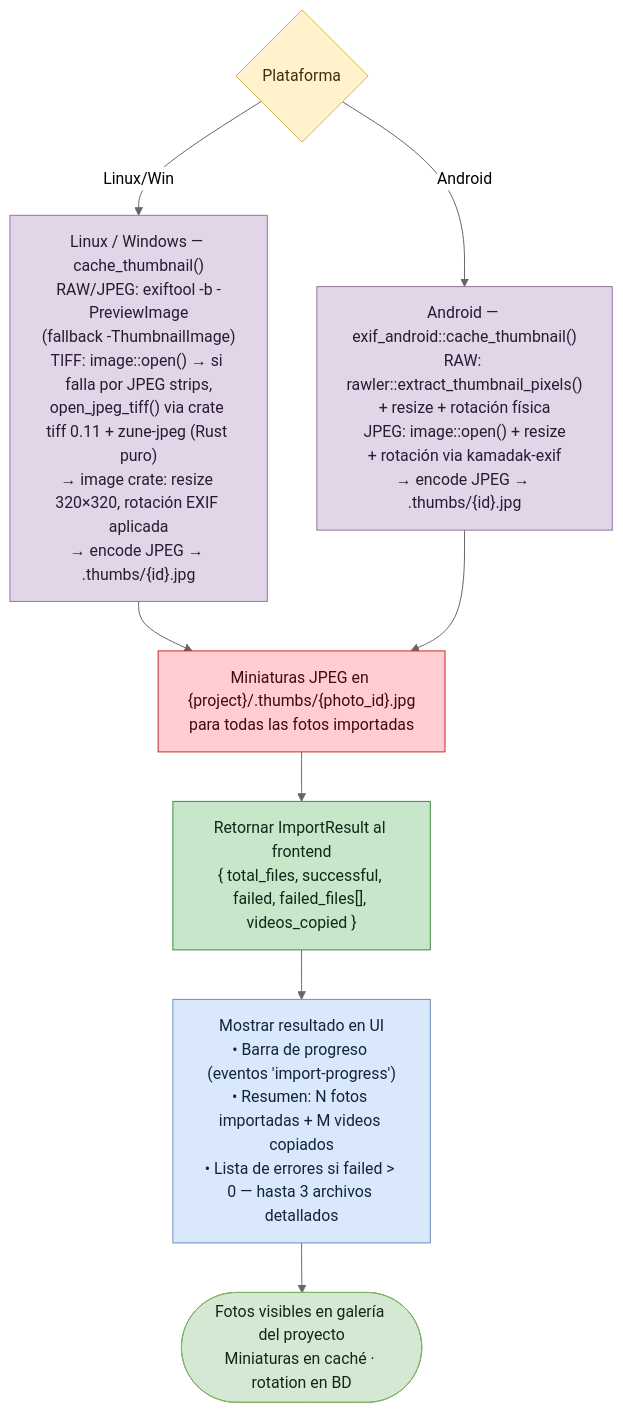
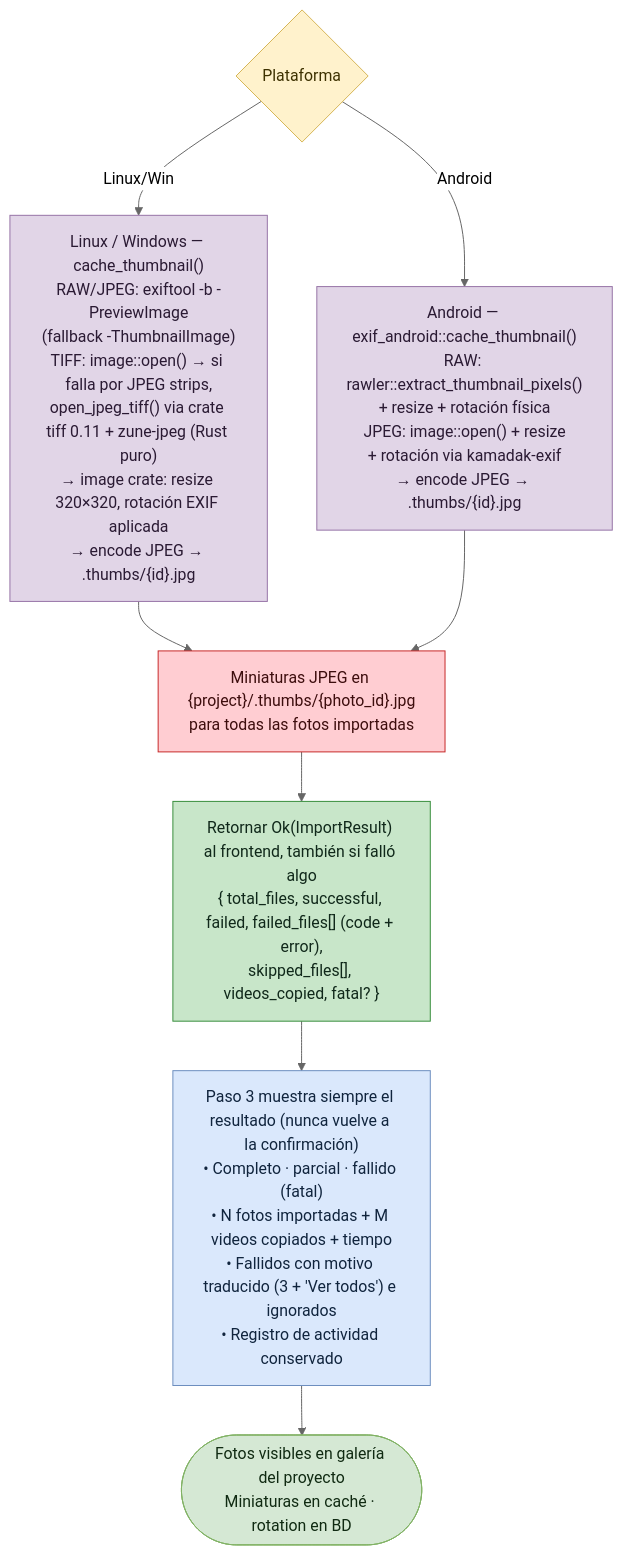
Before and after one commit to everitosan/lumik: the sixth of 7 diagrams in docs/useCases/flujo-importar-imagenes.md, drawn with Mermaid (neutral theme). The commit also changed other lines of this file and 22 other files, not shown here.

````diff
--- a/docs/useCases/flujo-importar-imagenes.md
+++ b/docs/useCases/flujo-importar-imagenes.md
@@ -156,27 +176,27 @@
 ```mermaid
 flowchart TD
     plat_q{"Plataforma"}
     thumb_desktop["Linux / Windows — cache_thumbnail()<br/>RAW/JPEG: exiftool -b -PreviewImage<br/>(fallback -ThumbnailImage)<br/>TIFF: image::open() → si falla por JPEG strips,<br/>open_jpeg_tiff() via crate tiff 0.11 + zune-jpeg (Rust puro)<br/>→ image crate: resize 320×320, rotación EXIF aplicada<br/>→ encode JPEG → .thumbs/{id}.jpg"]
     thumb_android["Android — exif_android::cache_thumbnail()<br/>RAW: rawler::extract_thumbnail_pixels()<br/>+ resize + rotación física<br/>JPEG: image::open() + resize<br/>+ rotación via kamadak-exif<br/>→ encode JPEG → .thumbs/{id}.jpg"]
     merge_thumb["Miniaturas JPEG en {project}/.thumbs/{photo_id}.jpg<br/>para todas las fotos importadas"]
-    result["Retornar ImportResult al frontend<br/>{ total_files, successful, failed, failed_files[], videos_copied }"]
-    show["Mostrar resultado en UI<br/>• Barra de progreso (eventos 'import-progress')<br/>• Resumen: N fotos importadas + M videos copiados<br/>• Lista de errores si failed > 0 — hasta 3 archivos detallados"]
+    result["Retornar Ok(ImportResult) al frontend, también si falló algo<br/>{ total_files, successful, failed, failed_files[] (code + error),<br/>skipped_files[], videos_copied, fatal? }"]
+    show["Paso 3 muestra siempre el resultado (nunca vuelve a la confirmación)<br/>• Completo · parcial · fallido (fatal)<br/>• N fotos importadas + M videos copiados + tiempo<br/>• Fallidos con motivo traducido (3 + 'Ver todos') e ignorados<br/>• Registro de actividad conservado"]
     fin(["Fotos visibles en galería del proyecto<br/>Miniaturas en caché · rotation en BD"])
 
     plat_q -->|Linux/Win| thumb_desktop --> merge_thumb
     plat_q -->|Android| thumb_android --> merge_thumb
     merge_thumb --> result --> show --> fin
 
     classDef term fill:#d5e8d4,stroke:#82b366,color:#102a12
     classDef ui fill:#dae8fc,stroke:#6c8ebf,color:#10243d
     classDef ipc fill:#c8e6c9,stroke:#388e3c,color:#10281a
     classDef db fill:#ffcdd2,stroke:#c62828,color:#3d0d0d
     classDef plat fill:#e1d5e7,stroke:#9673a6,color:#2a1a33
     classDef dec fill:#fff2cc,stroke:#d6b656,color:#3d3100
     class fin term
     class show ui
     class result ipc
     class merge_thumb db
     class thumb_desktop,thumb_android plat
     class plat_q dec
 ```
````
